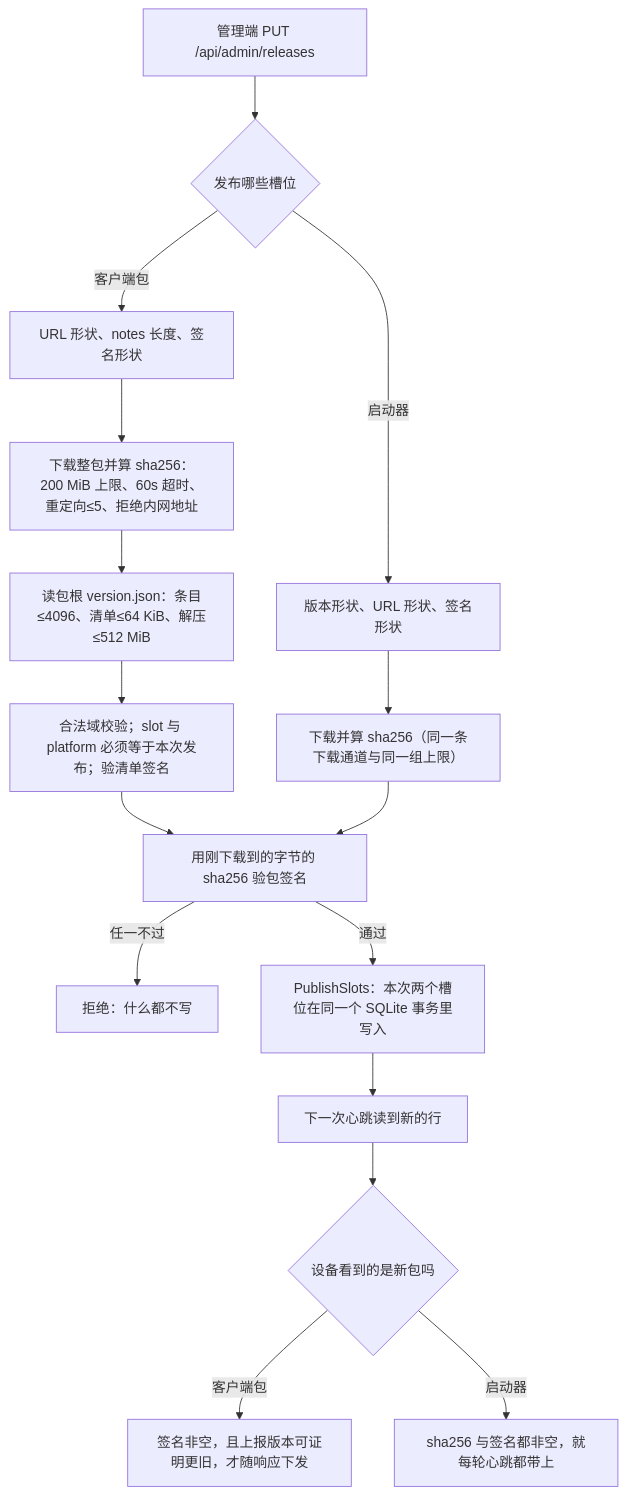
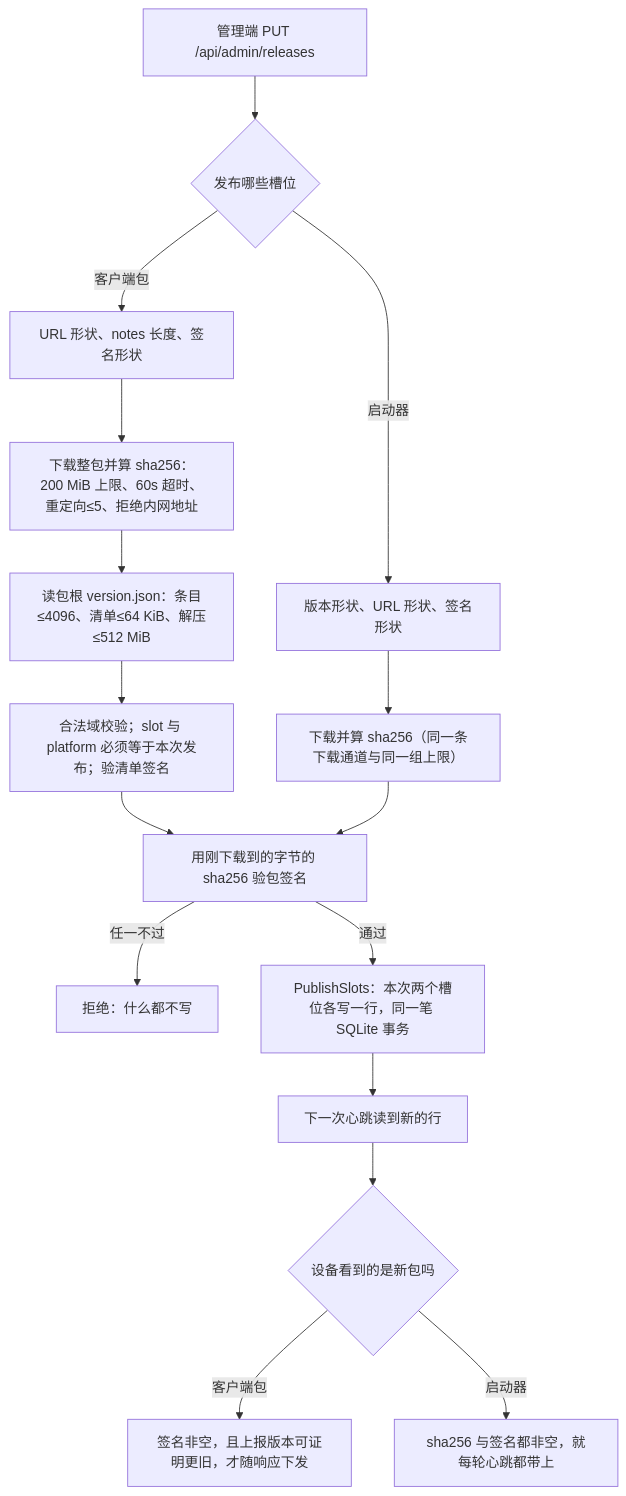
Before and after one commit to hm-service/mesh-server: the third of 6 diagrams in docs/states.md, drawn with Mermaid. The commit also changed other lines of this file and 12 other files, not shown here.

````diff
--- a/docs/states.md
+++ b/docs/states.md
@@ -92,18 +92,18 @@
 ```mermaid
 flowchart TD
   A["管理端 PUT /api/admin/releases"] --> B{"发布哪些槽位"}
   B -- 客户端包 --> C["URL 形状、notes 长度、签名形状"]
   C --> D["下载整包并算 sha256：200 MiB 上限、60s 超时、重定向≤5、拒绝内网地址"]
   D --> E["读包根 version.json：条目≤4096、清单≤64 KiB、解压≤512 MiB"]
   E --> F["合法域校验；slot 与 platform 必须等于本次发布；验清单签名"]
   F --> G["用刚下载到的字节的 sha256 验包签名"]
   B -- 启动器 --> H["版本形状、URL 形状、签名形状"]
   H --> I["下载并算 sha256（同一条下载通道与同一组上限）"]
   I --> G
   G -- 任一不过 --> J["拒绝：什么都不写"]
-  G -- 通过 --> K["PublishSlots：本次两个槽位在同一个 SQLite 事务里写入"]
+  G -- 通过 --> K["PublishSlots：本次两个槽位各写一行，同一笔 SQLite 事务"]
   K --> L["下一次心跳读到新的行"]
   L --> M{"设备看到的是新包吗"}
   M -- 客户端包 --> N["签名非空，且上报版本可证明更旧，才随响应下发"]
   M -- 启动器 --> O["sha256 与签名都非空，就每轮心跳都带上"]
 ```
````
